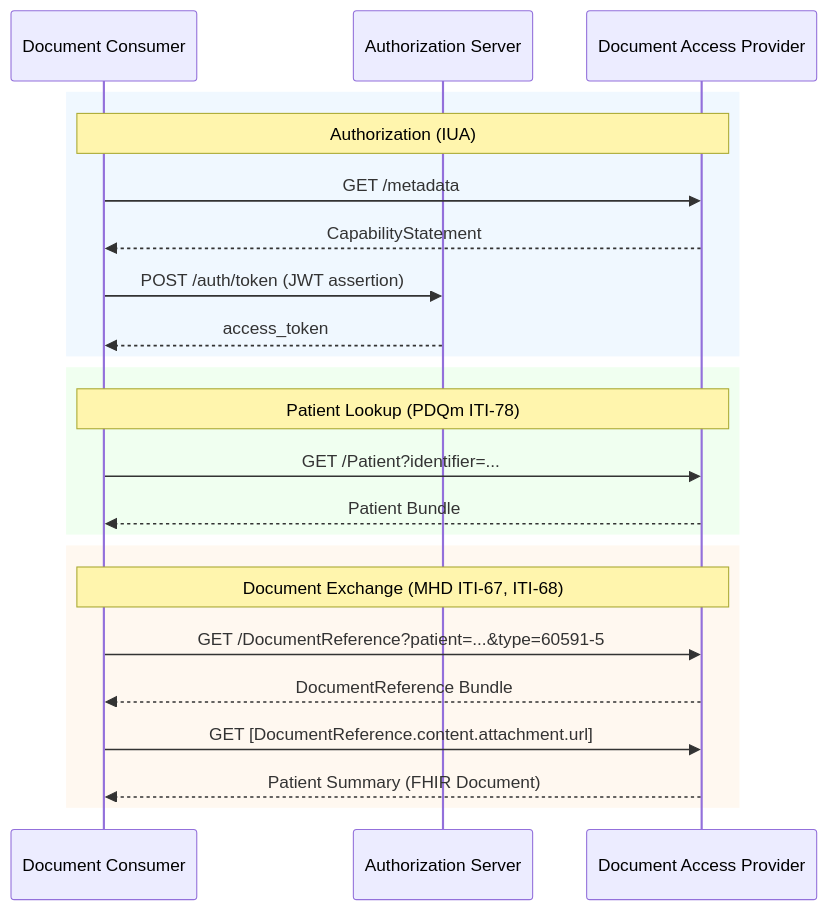
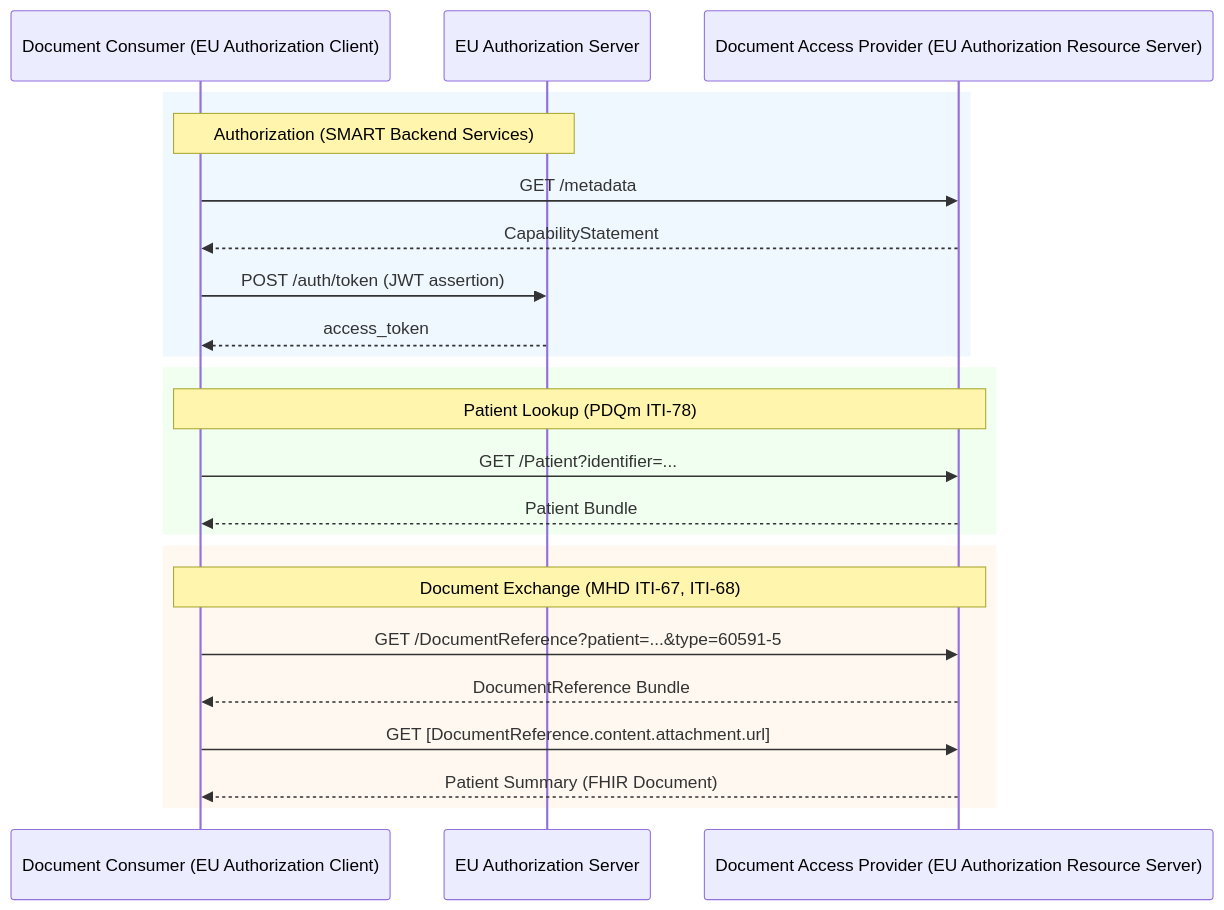
The diagram in input/pagecontent/example-patient-summary.md (euridice-org/eu-health-data-api), drawn with Mermaid before and after one commit. The commit also changed other lines of this file and 23 other files, not shown here.

````diff
--- a/input/pagecontent/example-patient-summary.md
+++ b/input/pagecontent/example-patient-summary.md
@@ -20,28 +21,28 @@
 ```mermaid
 sequenceDiagram
-    participant Consumer as Document Consumer
-    participant AuthZ as Authorization Server
-    participant Provider as Document Access Provider
+    participant Consumer as Document Consumer (EU Authorization Client)
+    participant AuthZ as EU Authorization Server
+    participant Provider as Document Access Provider (EU Authorization Resource Server)
 
     rect rgb(240, 248, 255)
-    Note over Consumer,Provider: Authorization (IUA)
+    Note over Consumer,AuthZ: Authorization (SMART Backend Services)
     Consumer->>Provider: GET /metadata
     Provider-->>Consumer: CapabilityStatement
     Consumer->>AuthZ: POST /auth/token (JWT assertion)
     AuthZ-->>Consumer: access_token
     end
 
     rect rgb(240, 255, 240)
     Note over Consumer,Provider: Patient Lookup (PDQm ITI-78)
     Consumer->>Provider: GET /Patient?identifier=...
     Provider-->>Consumer: Patient Bundle
     end
 
     rect rgb(255, 248, 240)
     Note over Consumer,Provider: Document Exchange (MHD ITI-67, ITI-68)
     Consumer->>Provider: GET /DocumentReference?patient=...&type=60591-5
     Provider-->>Consumer: DocumentReference Bundle
     Consumer->>Provider: GET [DocumentReference.content.attachment.url]
     Provider-->>Consumer: Patient Summary (FHIR Document)
     end
 ```
````
